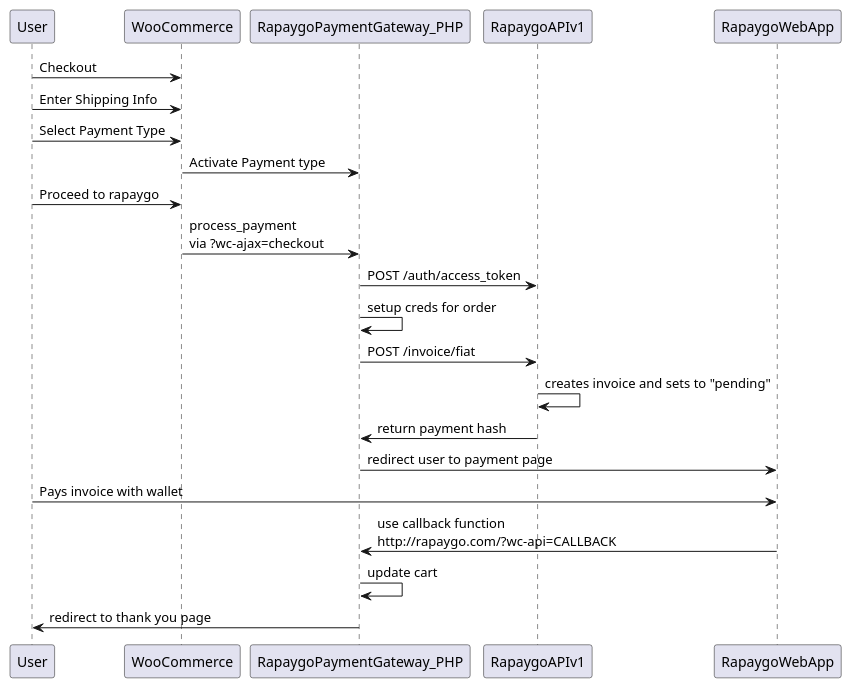
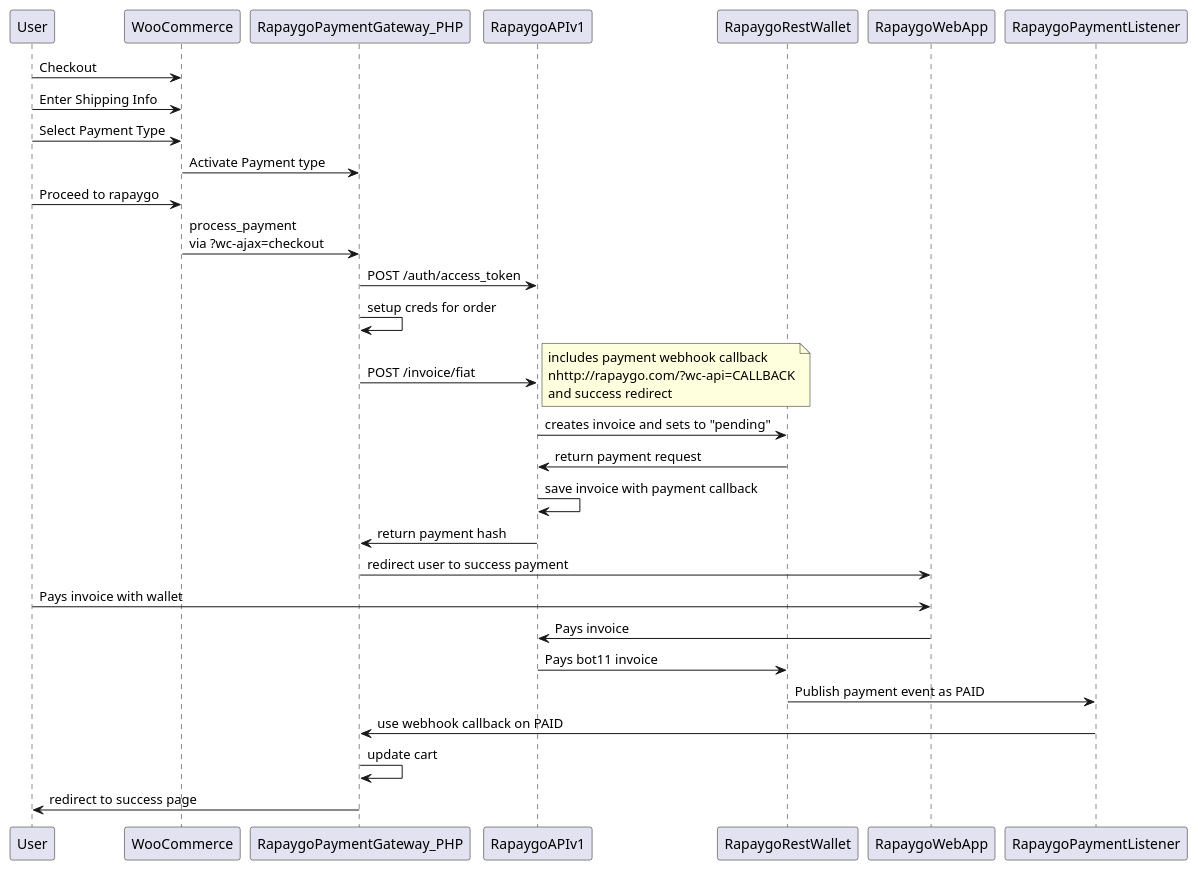
Before and after one commit to claytantor/rapaygo-wp-plugin: the diagram in docs/rfw-gateway-sequence.puml, drawn with PlantUML. The commit also changed 1 other file, not shown here.

```diff
--- a/docs/rfw-gateway-sequence.puml
+++ b/docs/rfw-gateway-sequence.puml
@@ -1,19 +1,30 @@
 @startuml
 User -> WooCommerce: Checkout
 User -> WooCommerce: Enter Shipping Info
 User -> WooCommerce: Select Payment Type
 WooCommerce -> RapaygoPaymentGateway_PHP: Activate Payment type
 User -> WooCommerce: Proceed to rapaygo
 WooCommerce -> RapaygoPaymentGateway_PHP: process_payment\nvia ?wc-ajax=checkout
 RapaygoPaymentGateway_PHP -> RapaygoAPIv1: POST /auth/access_token
 RapaygoPaymentGateway_PHP -> RapaygoPaymentGateway_PHP: setup creds for order 
 RapaygoPaymentGateway_PHP -> RapaygoAPIv1: POST /invoice/fiat
-RapaygoAPIv1 -> RapaygoAPIv1 : creates invoice and sets to "pending"
+note right
+includes payment webhook callback
+nhttp://rapaygo.com/?wc-api=CALLBACK
+and success redirect
+end note
+
+RapaygoAPIv1 -> RapaygoRestWallet : creates invoice and sets to "pending"
+RapaygoRestWallet -> RapaygoAPIv1: return payment request
+RapaygoAPIv1 -> RapaygoAPIv1: save invoice with payment callback
 RapaygoAPIv1 -> RapaygoPaymentGateway_PHP : return payment hash
-RapaygoPaymentGateway_PHP -> RapaygoWebApp : redirect user to payment page
+RapaygoPaymentGateway_PHP -> RapaygoWebApp : redirect user to success payment
 User -> RapaygoWebApp: Pays invoice with wallet
-RapaygoWebApp -> RapaygoPaymentGateway_PHP: use callback function\nhttp://rapaygo.com/?wc-api=CALLBACK
+RapaygoWebApp -> RapaygoAPIv1: Pays invoice 
+RapaygoAPIv1 -> RapaygoRestWallet: Pays bot11 invoice
+RapaygoRestWallet -> RapaygoPaymentListener: Publish payment event as PAID
+RapaygoPaymentListener -> RapaygoPaymentGateway_PHP: use webhook callback on PAID
 RapaygoPaymentGateway_PHP -> RapaygoPaymentGateway_PHP: update cart
-RapaygoPaymentGateway_PHP -> User : redirect to thank you page
+RapaygoPaymentGateway_PHP -> User : redirect to success page
 
 @enduml
```
